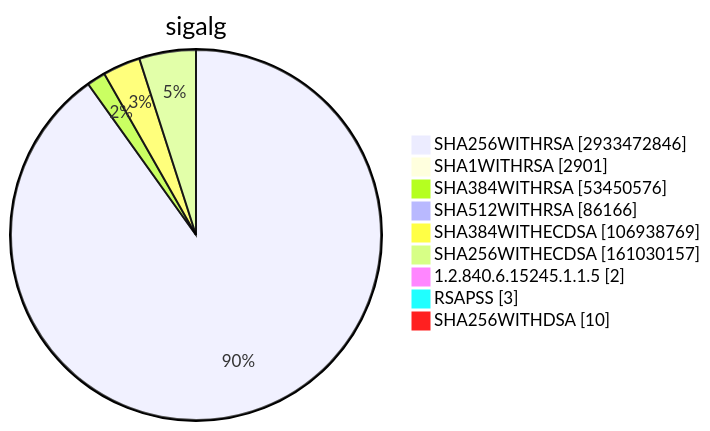
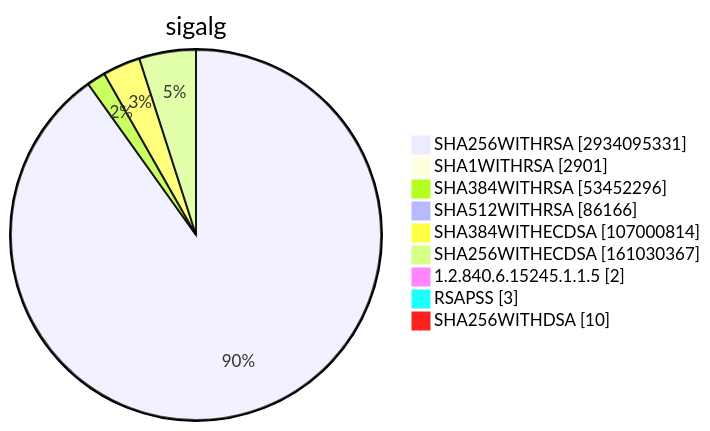
One commit to christiankrug/ctmonitor_visualization changed diagram 15 of 15 in TOTAL/README.md. Above: the diagram before and after it, drawn with Mermaid. The commit also changed other lines of this file, not shown here.

````diff
--- a/TOTAL/README.md
+++ b/TOTAL/README.md
@@ -6207,13 +6207,13 @@
 ```mermaid
 pie showData
 title sigalg
-"SHA256WITHRSA" :2933472846
+"SHA256WITHRSA" :2934095331
 "SHA1WITHRSA" :2901
-"SHA384WITHRSA" :53450576
+"SHA384WITHRSA" :53452296
 "SHA512WITHRSA" :86166
-"SHA384WITHECDSA" :106938769
-"SHA256WITHECDSA" :161030157
+"SHA384WITHECDSA" :107000814
+"SHA256WITHECDSA" :161030367
 "1.2.840.6.15245.1.1.5" :2
 "RSAPSS" :3
 "SHA256WITHDSA" :10
 ```
````
